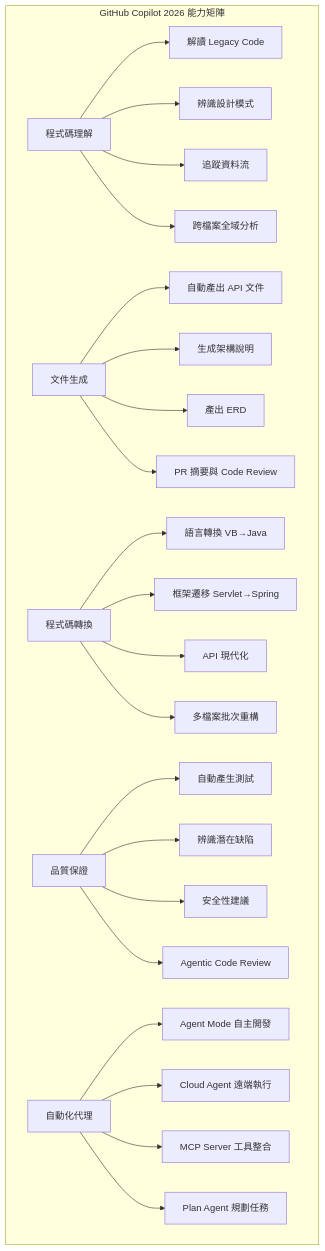
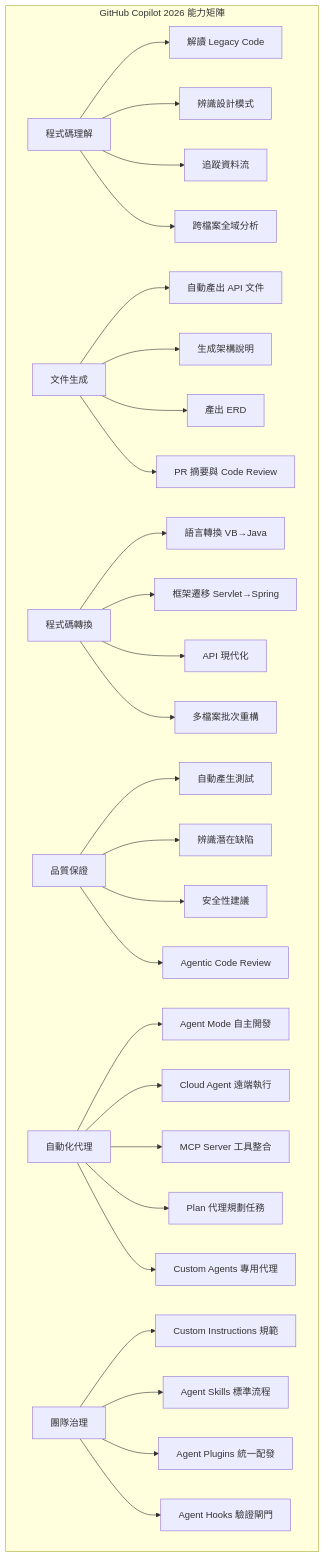
The third of 35 diagrams in content/posts/教學/AI開發/GitHub Copilot 逆向工程教學手冊.md (chihhung/Blog), drawn with Mermaid before and after one commit. The commit also changed other lines of this file, not shown here.

````diff
--- a/content/posts/教學/AI開發/GitHub Copilot 逆向工程教學手冊.md
+++ b/content/posts/教學/AI開發/GitHub Copilot 逆向工程教學手冊.md
@@ -161,29 +336,35 @@
 ```mermaid
 flowchart TB
     subgraph "GitHub Copilot 2026 能力矩陣"
         A[程式碼理解] --> A1[解讀 Legacy Code]
         A --> A2[辨識設計模式]
         A --> A3[追蹤資料流]
         A --> A4[跨檔案全域分析]
         
         B[文件生成] --> B1[自動產出 API 文件]
         B --> B2[生成架構說明]
         B --> B3[產出 ERD]
         B --> B4[PR 摘要與 Code Review]
         
         C[程式碼轉換] --> C1[語言轉換 VB→Java]
         C --> C2[框架遷移 Servlet→Spring]
         C --> C3[API 現代化]
         C --> C4[多檔案批次重構]
         
         D[品質保證] --> D1[自動產生測試]
         D --> D2[辨識潛在缺陷]
         D --> D3[安全性建議]
         D --> D4[Agentic Code Review]
         
         E[自動化代理] --> E1[Agent Mode 自主開發]
         E --> E2[Cloud Agent 遠端執行]
         E --> E3[MCP Server 工具整合]
-        E --> E4[Plan Agent 規劃任務]
+        E --> E4[Plan 代理規劃任務]
+        E --> E5[Custom Agents 專用代理]
+
+        F[團隊治理] --> F1[Custom Instructions 規範]
+        F --> F2[Agent Skills 標準流程]
+        F --> F3[Agent Plugins 統一配發]
+        F --> F4[Agent Hooks 驗證閘門]
     end
 ```
````
